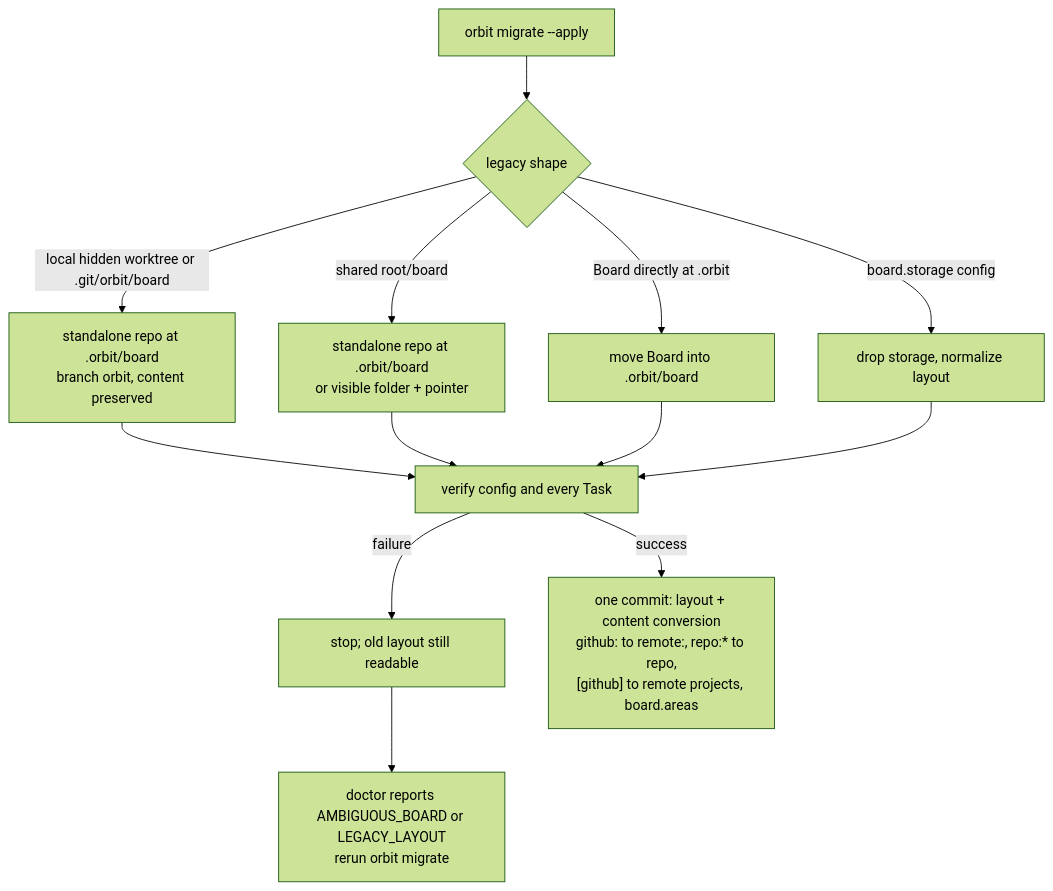
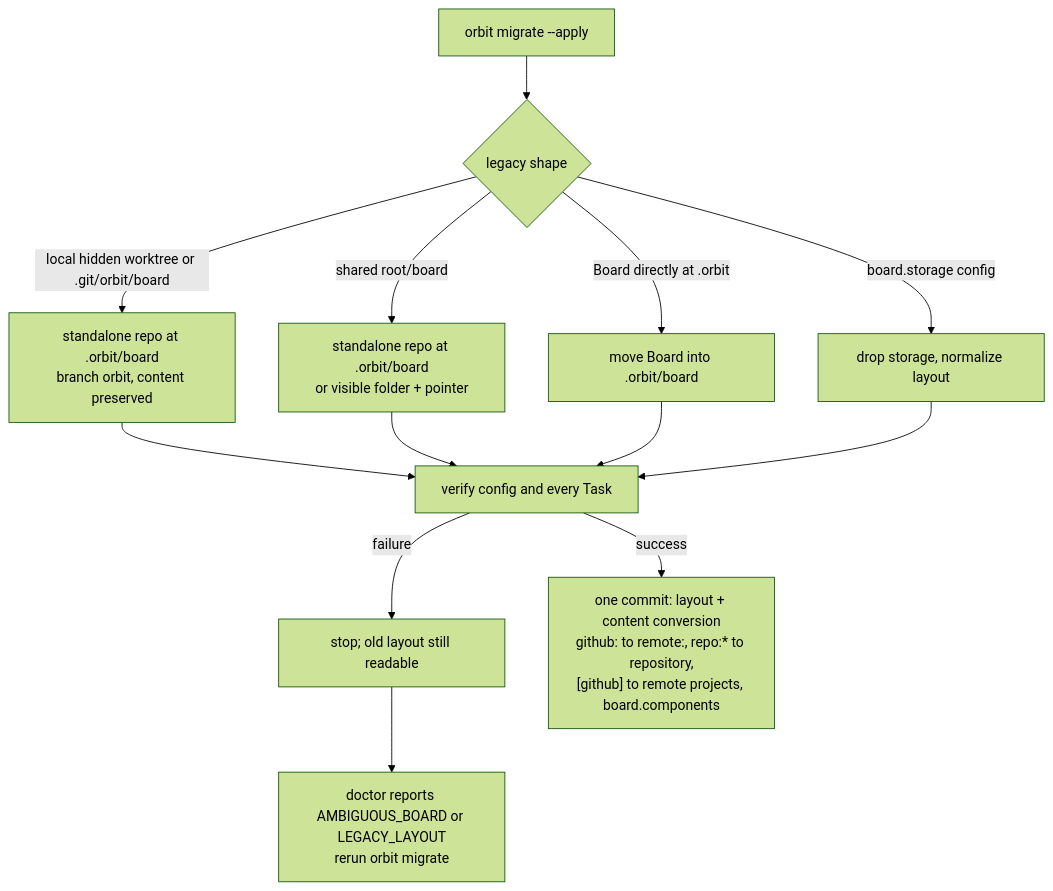
Diagram 11 of 14 in docs/ARCHITECTURE.md (rcmendes/orbit), drawn with Mermaid (forest theme) before and after one commit. The commit also changed other lines of this file and 52 other files, not shown here.

First line of the commit message:
feat: promote area/repo to component/repository, annotations to properties, add external_id

````diff
--- a/docs/ARCHITECTURE.md
+++ b/docs/ARCHITECTURE.md
@@ -695,15 +695,15 @@
 ```mermaid
 flowchart TD
     D["orbit migrate --apply"] --> L{"legacy shape"}
     L -->|local hidden worktree or .git/orbit/board| W["standalone repo at .orbit/board<br/>branch orbit, content preserved"]
     L -->|shared root/board| M["standalone repo at .orbit/board<br/>or visible folder + pointer"]
     L -->|Board directly at .orbit| K["move Board into .orbit/board"]
     L -->|board.storage config| C["drop storage, normalize layout"]
     W --> V["verify config and every Task"]
     M --> V
     K --> V
     C --> V
     V -->|failure| X["stop; old layout still readable"]
-    V -->|success| R["one commit: layout + content conversion<br/>github: to remote:, repo:* to repo,<br/>[github] to remote projects, board.areas"]
+    V -->|success| R["one commit: layout + content conversion<br/>github: to remote:, repo:* to repository,<br/>[github] to remote projects, board.components"]
     X --> A["doctor reports AMBIGUOUS_BOARD or LEGACY_LAYOUT<br/>rerun orbit migrate"]
 ```
````
